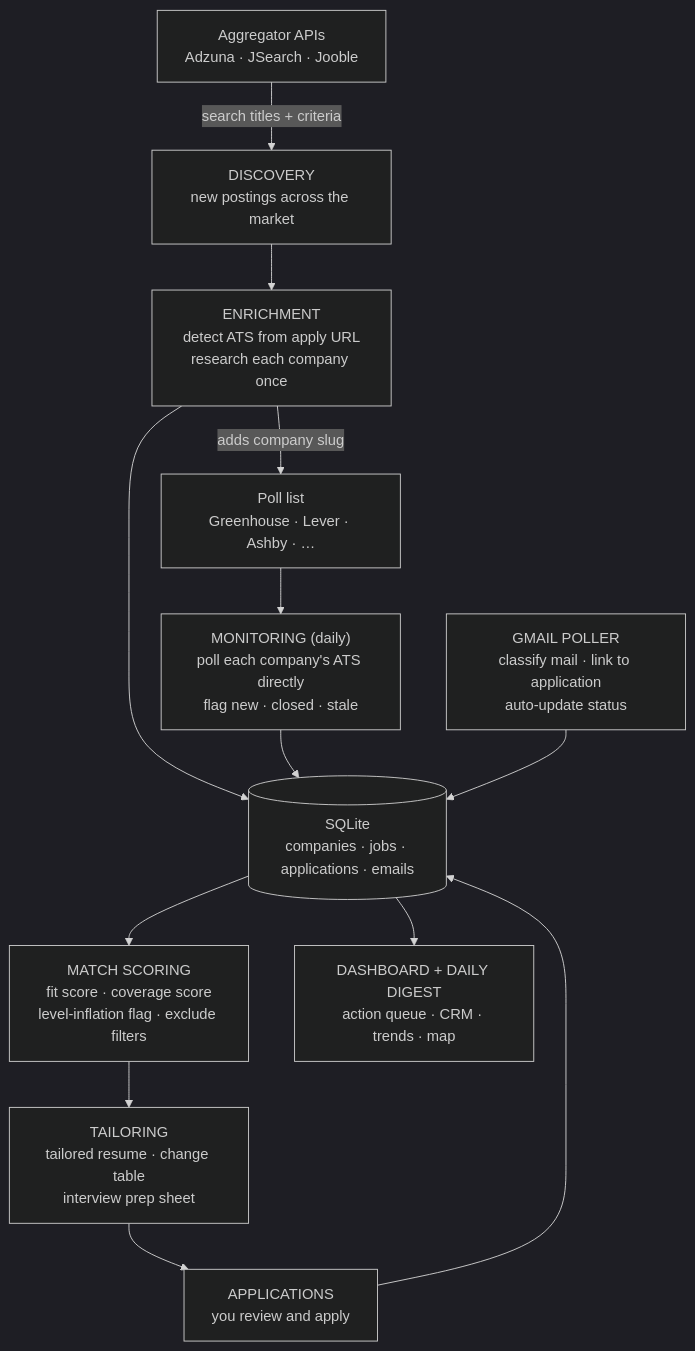
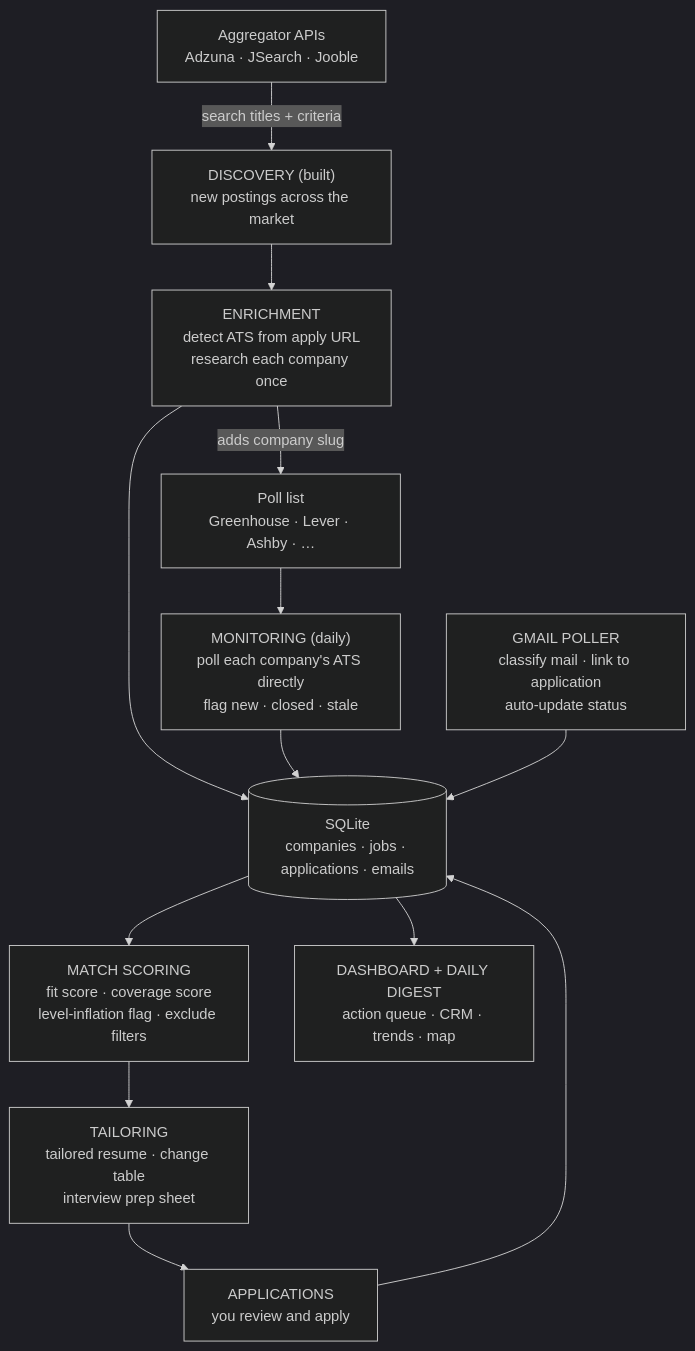
Before and after one commit to rainbow-unicorn-engineer/job-opportunity-tracker: the diagram in README.md, drawn with Mermaid (dark theme). The commit also changed other lines of this file, not shown here.

````diff
--- a/README.md
+++ b/README.md
@@ -9,15 +27,15 @@
 ```mermaid
 flowchart TD
-    A["Aggregator APIs<br/>Adzuna · JSearch · Jooble"] -->|search titles + criteria| B["DISCOVERY<br/>new postings across the market"]
+    A["Aggregator APIs<br/>Adzuna · JSearch · Jooble"] -->|search titles + criteria| B["DISCOVERY (built)<br/>new postings across the market"]
     B --> C["ENRICHMENT<br/>detect ATS from apply URL<br/>research each company once"]
     C --> DB[("SQLite<br/>companies · jobs · applications · emails")]
     C -->|adds company slug| P["Poll list<br/>Greenhouse · Lever · Ashby · …"]
     P --> M["MONITORING (daily)<br/>poll each company's ATS directly<br/>flag new · closed · stale"]
     M --> DB
     DB --> S["MATCH SCORING<br/>fit score · coverage score<br/>level-inflation flag · exclude filters"]
     S --> T["TAILORING<br/>tailored resume · change table<br/>interview prep sheet"]
     T --> APP["APPLICATIONS<br/>you review and apply"]
     APP --> DB
     G["GMAIL POLLER<br/>classify mail · link to application<br/>auto-update status"] --> DB
     DB --> D["DASHBOARD + DAILY DIGEST<br/>action queue · CRM · trends · map"]
 ```
````
